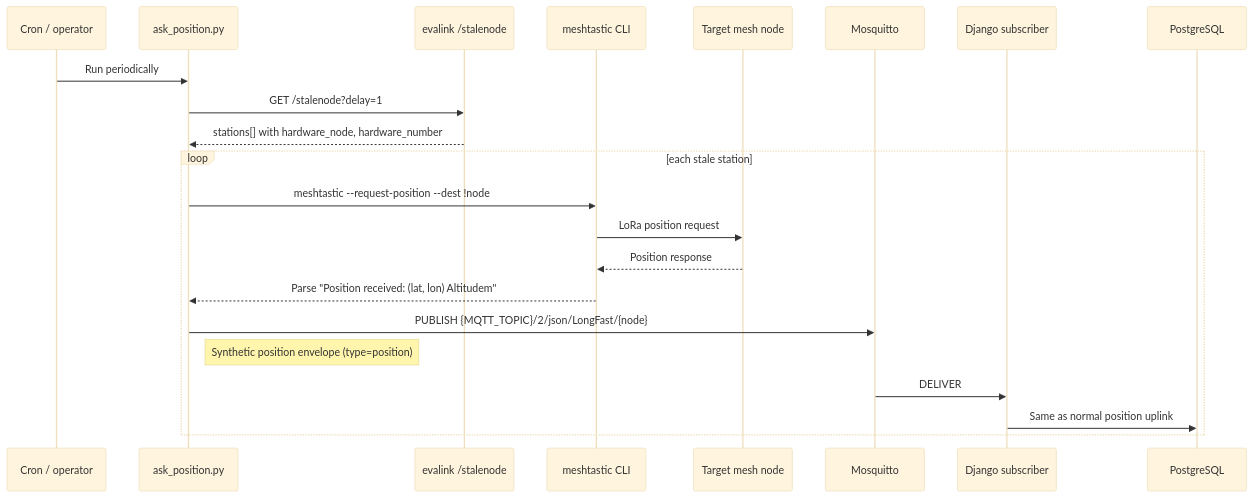
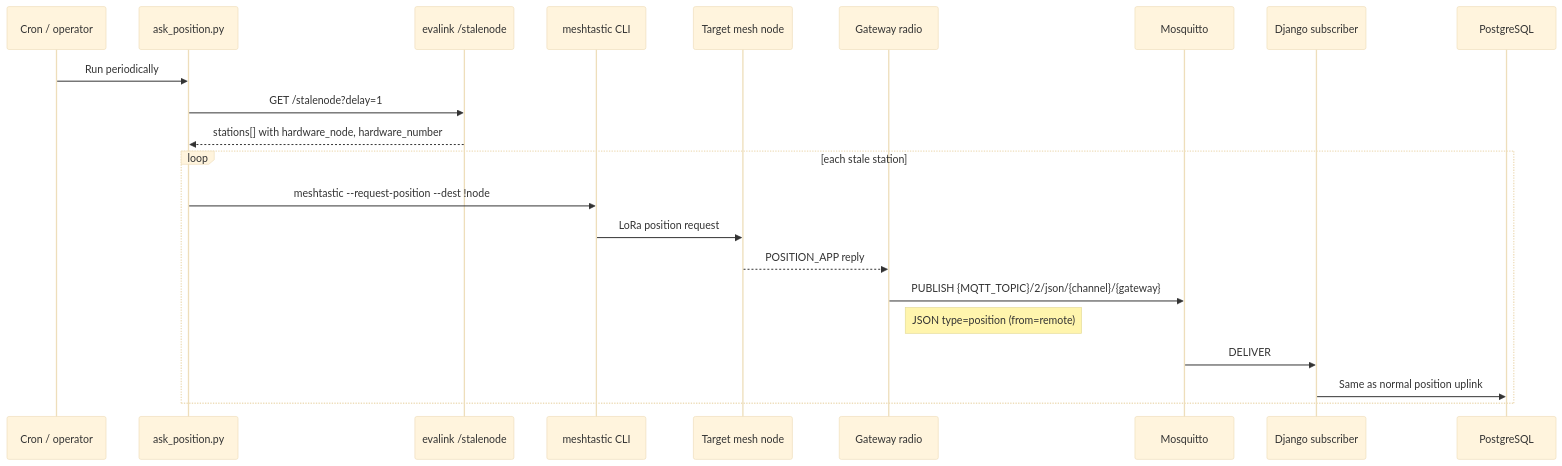
Before and after one commit to bmidgley/mars-evalink: the third of 6 diagrams in flows.md, drawn with Mermaid (base theme). The commit also changed other lines of this file and 1 other file, not shown here.

Commit message:
ask_position.py is simplified

````diff
--- a/flows.md
+++ b/flows.md
@@ -187,25 +187,25 @@
 ```mermaid
 sequenceDiagram
     participant Cron as Cron / operator
     participant Script as ask_position.py
     participant HTTP as evalink /stalenode
     participant CLI as meshtastic CLI
     participant Node as Target mesh node
+    participant GW as Gateway radio
     participant Broker as Mosquitto
     participant Django as Django subscriber
     participant DB as PostgreSQL
 
     Cron->>Script: Run periodically
     Script->>HTTP: GET /stalenode?delay=1
     HTTP-->>Script: stations[] with hardware_node, hardware_number
     loop each stale station
         Script->>CLI: meshtastic --request-position --dest !node
         CLI->>Node: LoRa position request
-        Node-->>CLI: Position response
-        CLI-->>Script: Parse "Position received: (lat, lon) Altitudem"
-        Script->>Broker: PUBLISH {MQTT_TOPIC}/2/json/LongFast/{node}
-        Note right of Script: Synthetic position envelope (type=position)
+        Node-->>GW: POSITION_APP reply
+        GW->>Broker: PUBLISH {MQTT_TOPIC}/2/json/{channel}/{gateway}
+        Note right of GW: JSON type=position (from=remote)
         Broker->>Django: DELIVER
         Django->>DB: Same as normal position uplink
     end
 ```
````
